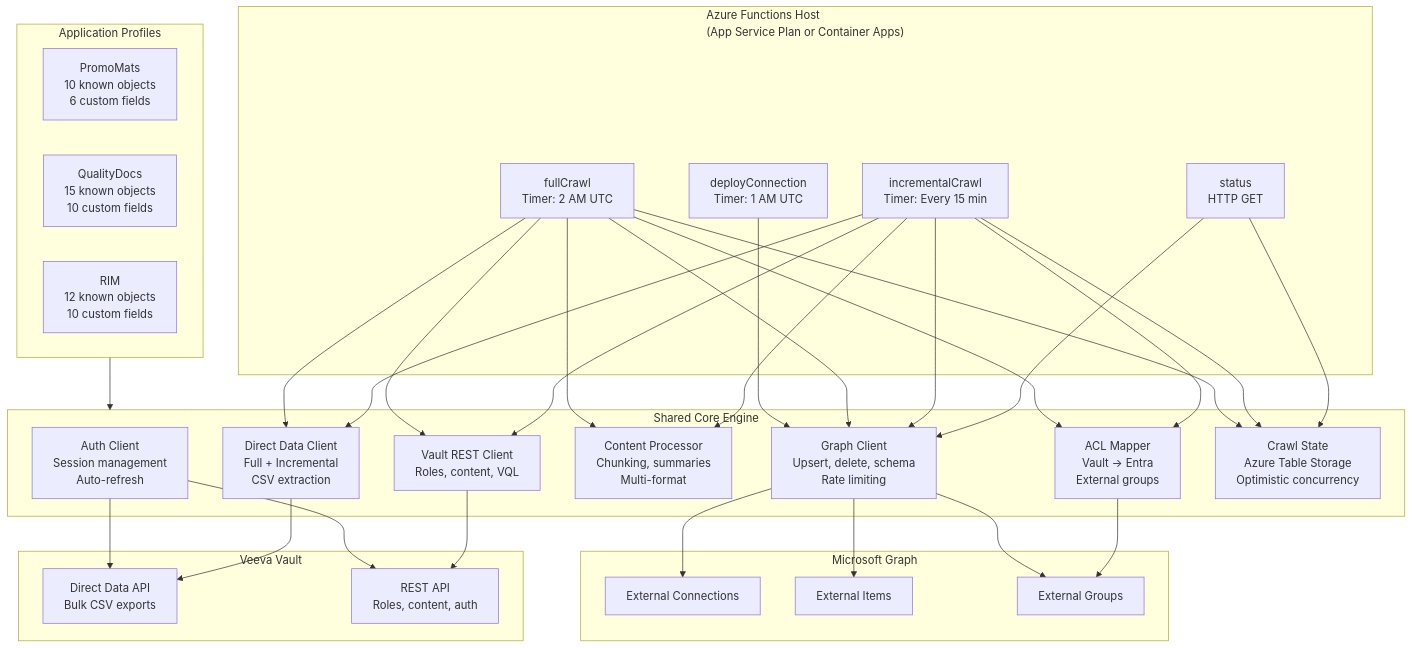
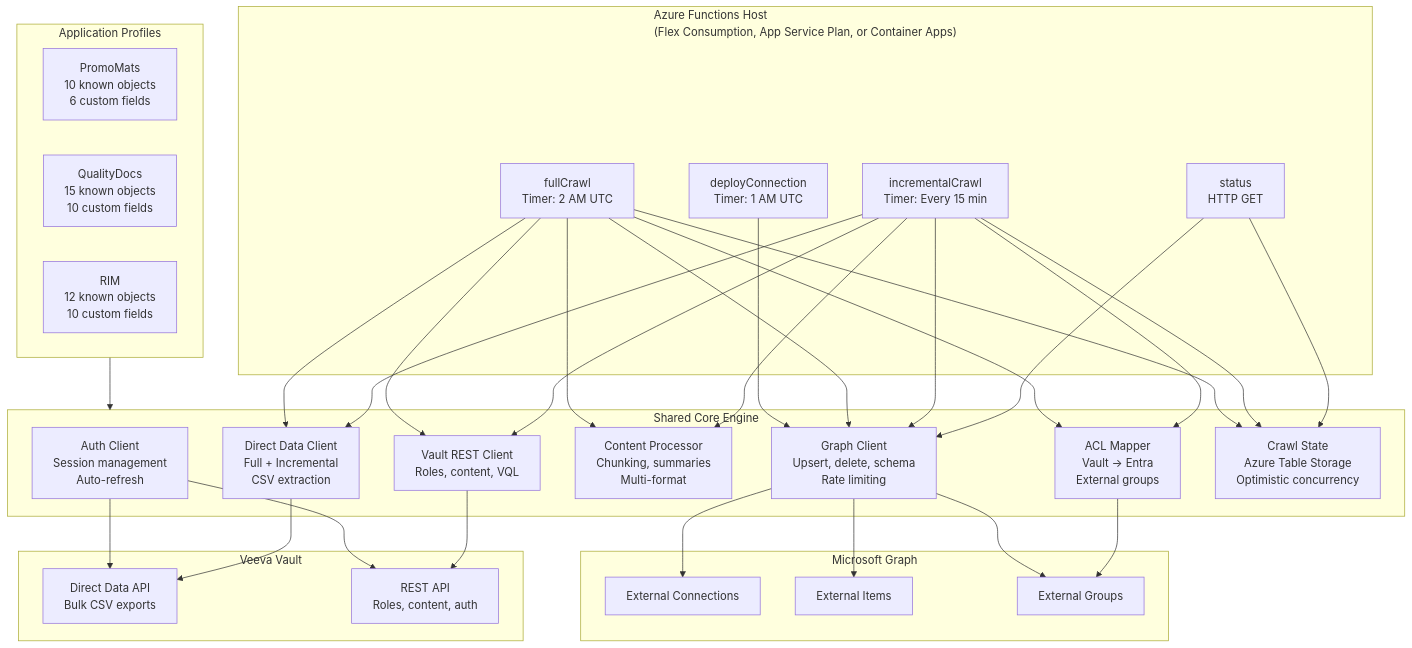
Before and after one commit to boddev/veeva-vault-connector: the first of 5 diagrams in README.md, drawn with Mermaid. The commit also changed other lines of this file and 5 other files, not shown here.

First line of the commit message:
Add Flex Consumption support, remove Standard SKUs, add readiness polling

````diff
--- a/README.md
+++ b/README.md
@@ -64,48 +64,48 @@
 ```mermaid
 graph TB
-    subgraph Azure["Azure Functions Host<br/>(App Service Plan or Container Apps)"]
+    subgraph Azure["Azure Functions Host<br/>(Flex Consumption, App Service Plan, or Container Apps)"]
         Deploy["deployConnection<br/>Timer: 1 AM UTC"]
         Full["fullCrawl<br/>Timer: 2 AM UTC"]
         Incr["incrementalCrawl<br/>Timer: Every 15 min"]
         Status["status<br/>HTTP GET"]
     end
 
     subgraph Profiles["Application Profiles"]
         PM["PromoMats<br/>10 known objects<br/>6 custom fields"]
         QD["QualityDocs<br/>15 known objects<br/>10 custom fields"]
         RM["RIM<br/>12 known objects<br/>10 custom fields"]
     end
 
     subgraph Core["Shared Core Engine"]
         Auth["Auth Client<br/>Session management<br/>Auto-refresh"]
         DDA["Direct Data Client<br/>Full + Incremental<br/>CSV extraction"]
         REST["Vault REST Client<br/>Roles, content, VQL"]
         CP["Content Processor<br/>Chunking, summaries<br/>Multi-format"]
         ACL["ACL Mapper<br/>Vault → Entra<br/>External groups"]
         GC["Graph Client<br/>Upsert, delete, schema<br/>Rate limiting"]
         CS["Crawl State<br/>Azure Table Storage<br/>Optimistic concurrency"]
     end
 
     subgraph Veeva["Veeva Vault"]
         VDDA["Direct Data API<br/>Bulk CSV exports"]
         VREST["REST API<br/>Roles, content, auth"]
     end
 
     subgraph Graph["Microsoft Graph"]
         EC["External Connections"]
         EI["External Items"]
         EG["External Groups"]
     end
 
     Deploy --> GC
     Full --> DDA & REST & CP & ACL & GC & CS
     Incr --> DDA & REST & CP & ACL & GC & CS
     Status --> CS & GC
 
     Profiles --> Core
     Auth --> VDDA & VREST
     DDA --> VDDA
     REST --> VREST
     GC --> EC & EI & EG
     ACL --> EG
 ```
````
